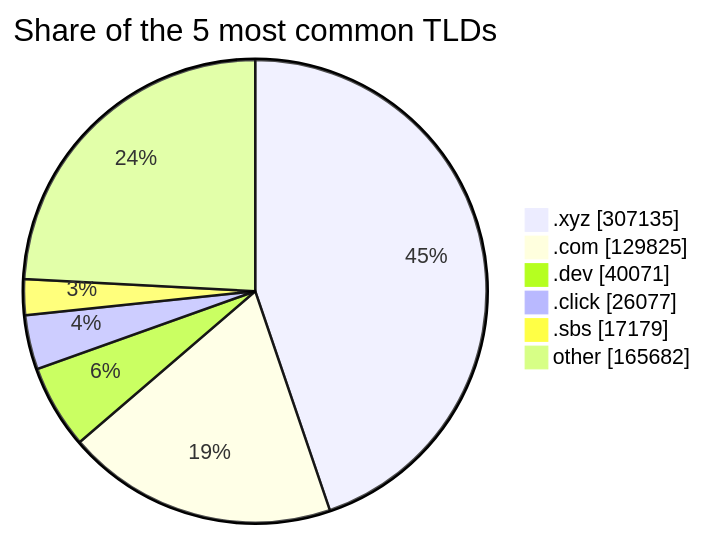
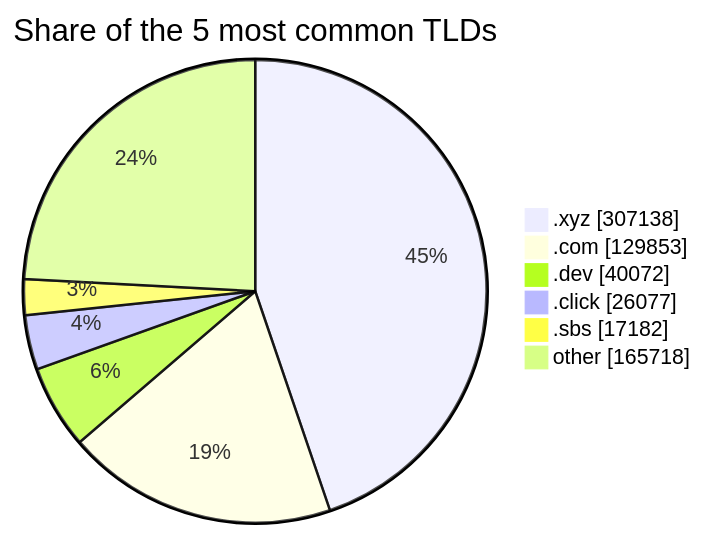
The third of 3 diagrams in README.md (DNSBunker/CTI), drawn with Mermaid before and after one commit. The commit also changed other lines of this file and 3 other files, not shown here.

````diff
--- a/README.md
+++ b/README.md
@@ -81,9 +81,9 @@
 ```mermaid
 pie showData title Share of the 5 most common TLDs
-    ".xyz" : 307135
-    ".com" : 129825
-    ".dev" : 40071
+    ".xyz" : 307138
+    ".com" : 129853
+    ".dev" : 40072
     ".click" : 26077
-    ".sbs" : 17179
-    "other" : 165682
+    ".sbs" : 17182
+    "other" : 165718
 ```
````
